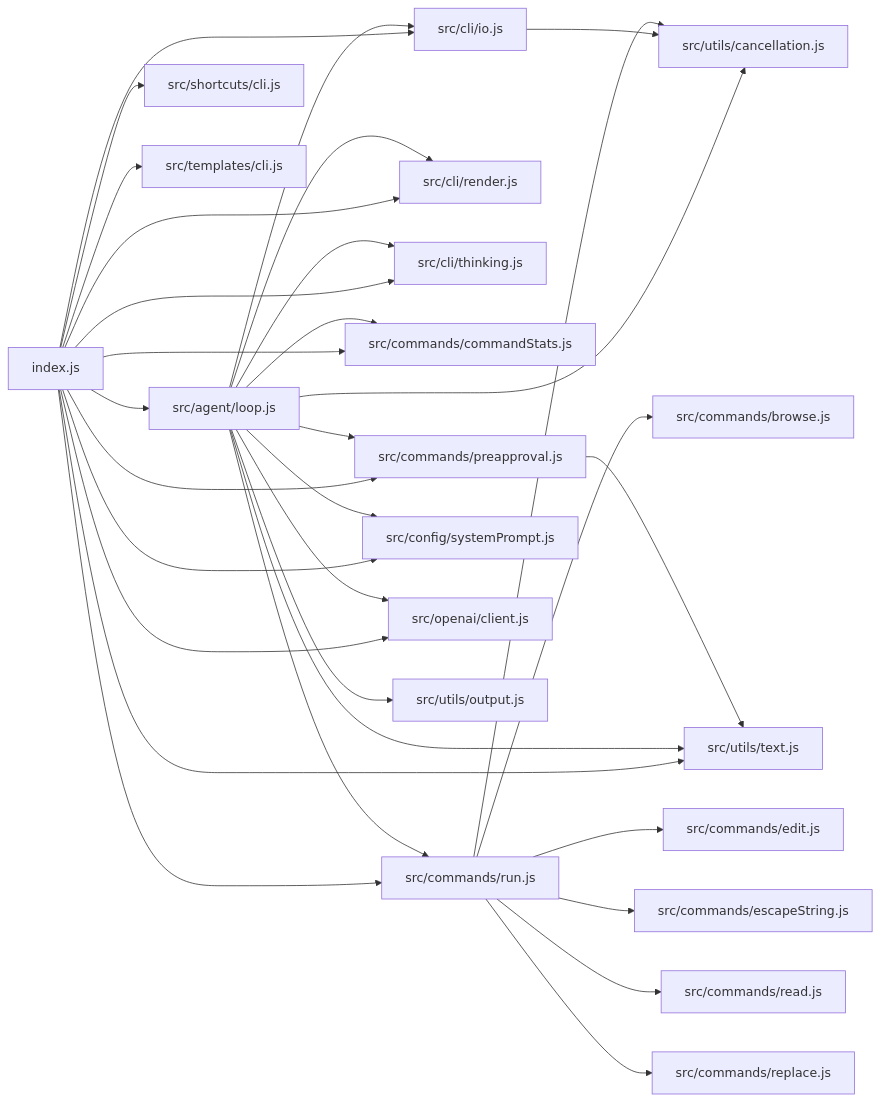
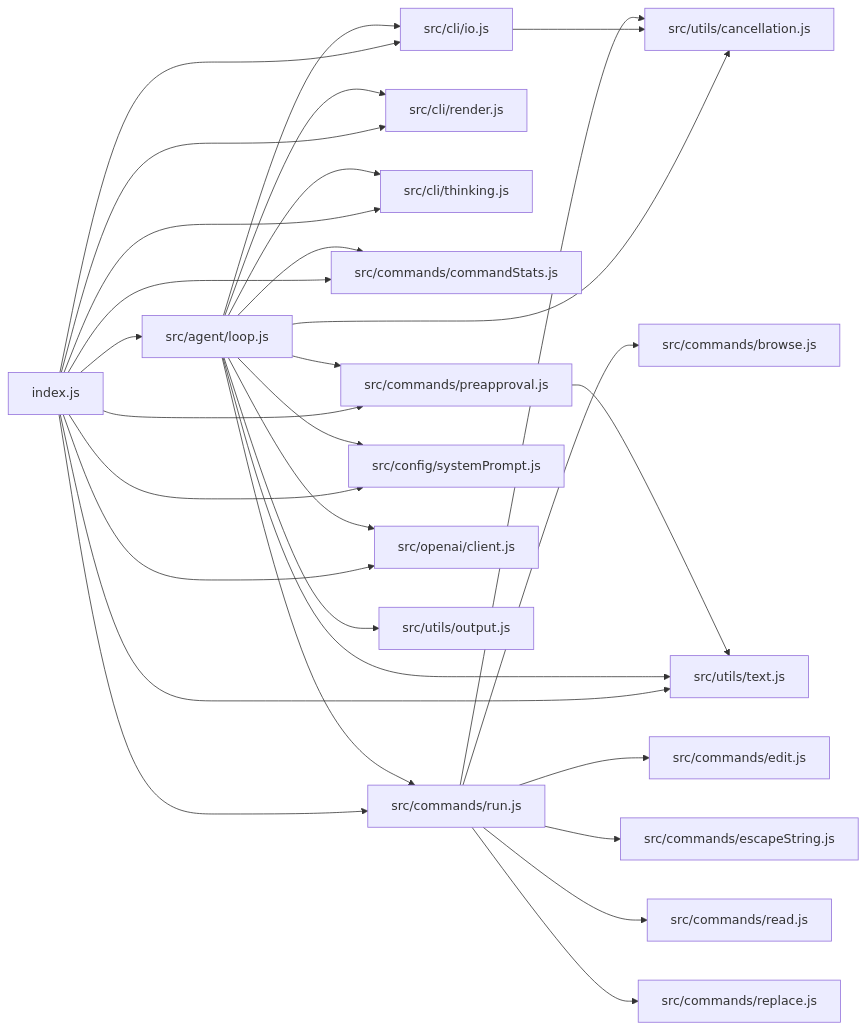
One commit to asynkron/OpenAgent changed the diagram in docs/js-dependency-graph.md. Above: the diagram before and after it, drawn with Mermaid. The commit also changed 23 other files, not shown here.

Commit message:
remove templates and shortcuts

````diff
--- a/docs/js-dependency-graph.md
+++ b/docs/js-dependency-graph.md
@@ -5,34 +5,32 @@
 ```mermaid
 graph LR
   index_js["index.js"] --> src_agent_loop_js["src/agent/loop.js"]
   index_js --> src_cli_io_js["src/cli/io.js"]
   index_js --> src_cli_render_js["src/cli/render.js"]
   index_js --> src_cli_thinking_js["src/cli/thinking.js"]
   index_js --> src_commands_commandStats_js["src/commands/commandStats.js"]
   index_js --> src_commands_preapproval_js["src/commands/preapproval.js"]
   index_js --> src_commands_run_js["src/commands/run.js"]
   index_js --> src_config_systemPrompt_js["src/config/systemPrompt.js"]
   index_js --> src_openai_client_js["src/openai/client.js"]
-  index_js --> src_shortcuts_cli_js["src/shortcuts/cli.js"]
-  index_js --> src_templates_cli_js["src/templates/cli.js"]
   index_js --> src_utils_text_js["src/utils/text.js"]
   src_agent_loop_js --> src_cli_io_js
   src_agent_loop_js --> src_cli_render_js
   src_agent_loop_js --> src_cli_thinking_js
   src_agent_loop_js --> src_commands_commandStats_js
   src_agent_loop_js --> src_commands_preapproval_js
   src_agent_loop_js --> src_commands_run_js
   src_agent_loop_js --> src_config_systemPrompt_js
   src_agent_loop_js --> src_openai_client_js
   src_agent_loop_js --> src_utils_cancellation_js["src/utils/cancellation.js"]
   src_agent_loop_js --> src_utils_output_js["src/utils/output.js"]
   src_agent_loop_js --> src_utils_text_js
   src_cli_io_js --> src_utils_cancellation_js
   src_commands_preapproval_js --> src_utils_text_js
   src_commands_run_js --> src_commands_browse_js["src/commands/browse.js"]
   src_commands_run_js --> src_commands_edit_js["src/commands/edit.js"]
   src_commands_run_js --> src_commands_escapeString_js["src/commands/escapeString.js"]
   src_commands_run_js --> src_commands_read_js["src/commands/read.js"]
   src_commands_run_js --> src_commands_replace_js["src/commands/replace.js"]
   src_commands_run_js --> src_utils_cancellation_js
 ```
````
